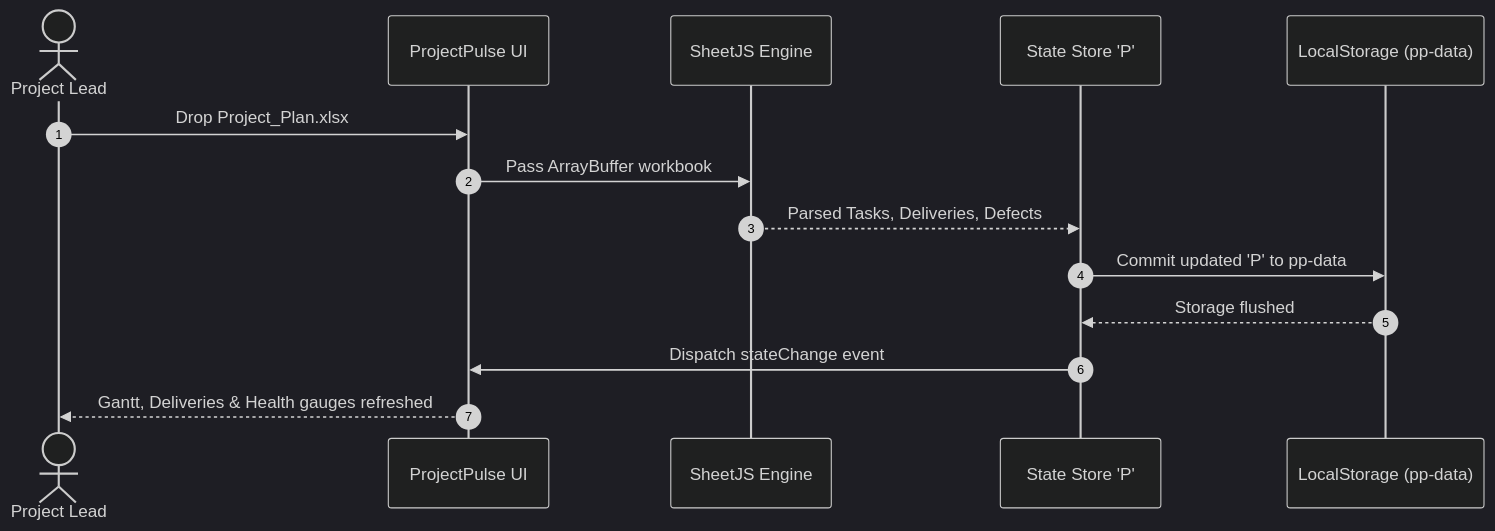
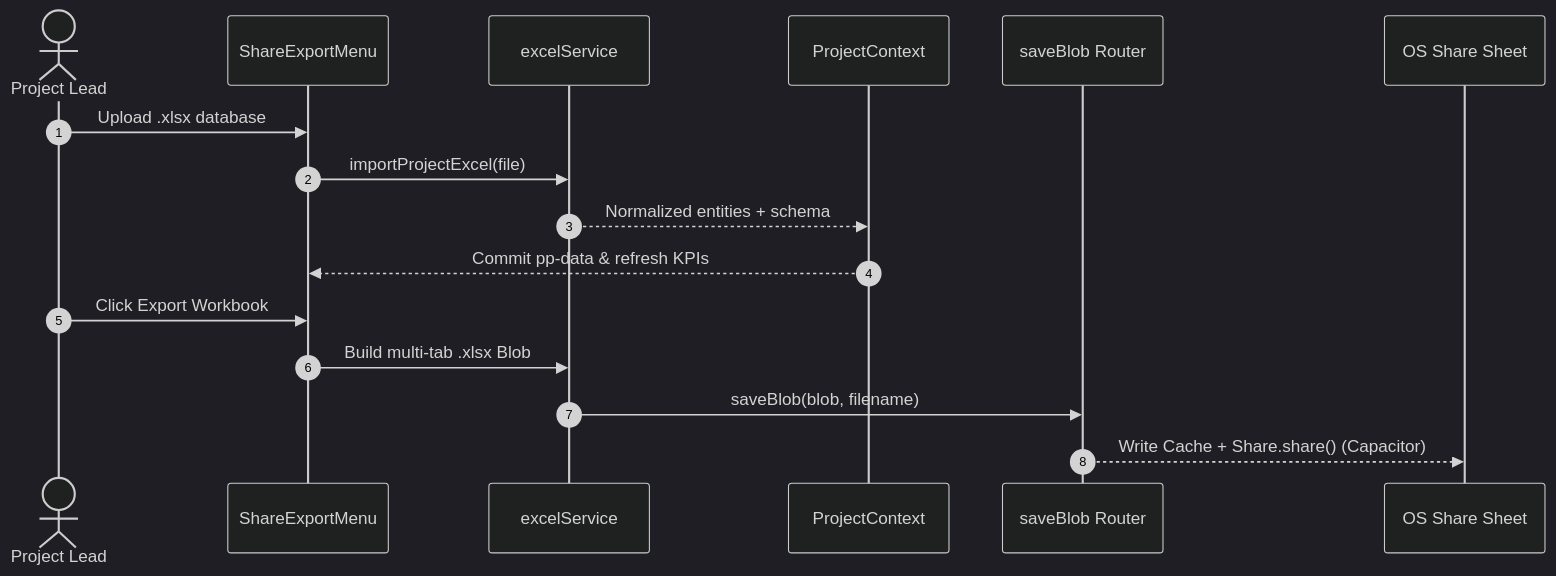
Before and after one commit to manvenpratap/ProjectPulse: the third of 5 diagrams in wiki/Architecture-and-System-Design.md, drawn with Mermaid (dark theme). The commit also changed other lines of this file and 23 other files, not shown here.

Commit message:
docs: add comprehensive product capability and specification manual, sync wiki and archify diagrams

````diff
--- a/wiki/Architecture-and-System-Design.md
+++ b/wiki/Architecture-and-System-Design.md
@@ -69,17 +57,19 @@
 ```mermaid
 sequenceDiagram
     autonumber
-    actor PMO as Project Lead
-    participant UI as ProjectPulse UI
-    participant SheetJS as SheetJS Engine
-    participant State as State Store 'P'
-    participant Storage as LocalStorage (pp-data)
+    actor Lead as Project Lead
+    participant UI as ShareExportMenu
+    participant Excel as excelService
+    participant Store as ProjectContext
+    participant Bridge as saveBlob Router
+    participant OS as OS Share Sheet
 
-    PMO->>UI: Drop Project_Plan.xlsx
-    UI->>SheetJS: Pass ArrayBuffer workbook
-    SheetJS-->>State: Parsed Tasks, Deliveries, Defects
-    State->>Storage: Commit updated 'P' to pp-data
-    Storage-->>State: Storage flushed
-    State->>UI: Dispatch stateChange event
-    UI-->>PMO: Gantt, Deliveries & Health gauges refreshed
+    Lead->>UI: Upload .xlsx database
+    UI->>Excel: importProjectExcel(file)
+    Excel-->>Store: Normalized entities + schema
+    Store-->>UI: Commit pp-data & refresh KPIs
+    Lead->>UI: Click Export Workbook
+    UI->>Excel: Build multi-tab .xlsx Blob
+    Excel->>Bridge: saveBlob(blob, filename)
+    Bridge-->>OS: Write Cache + Share.share() (Capacitor)
 ```
````
